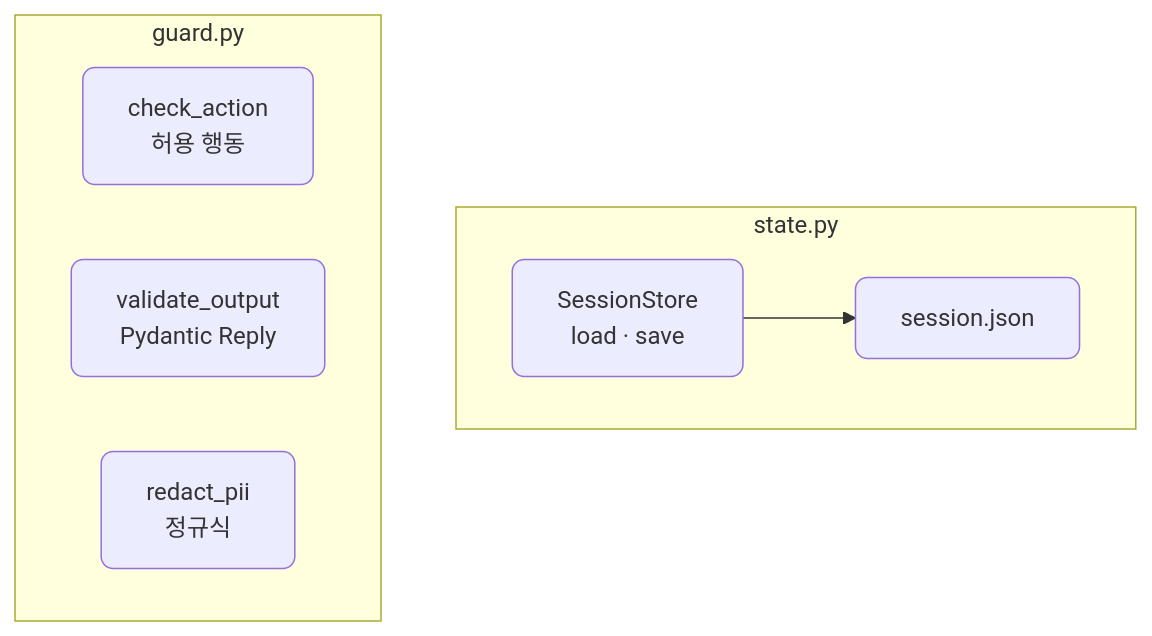
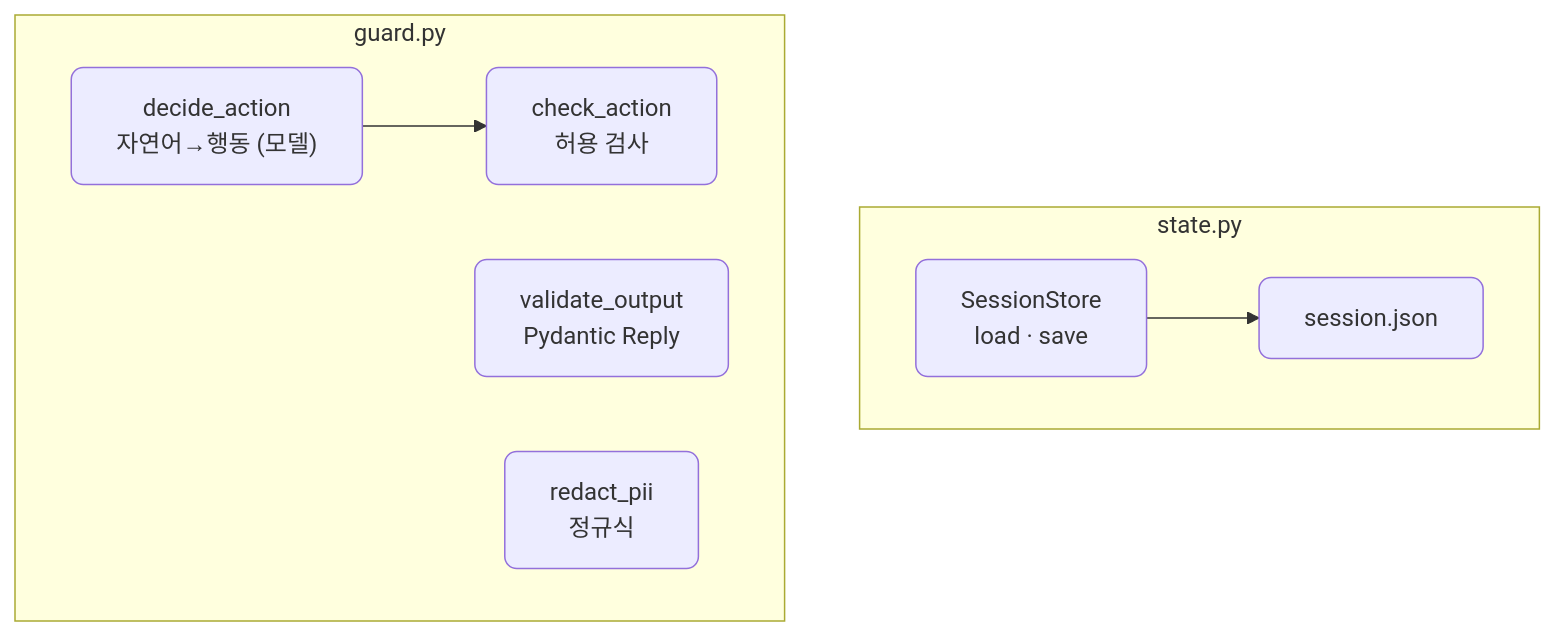
One commit to CodeCompose7/ai_service_engineering changed the fifth of 5 diagrams in docs/section4/lec03/README.md. Above: the diagram before and after it, drawn with Mermaid. The commit also changed other lines of this file and 2 other files, not shown here.

First line of the commit message:
lec03: 행동 제약 데모를 '자연어→모델이 분류→가드'로 고침

````diff
--- a/docs/section4/lec03/README.md
+++ b/docs/section4/lec03/README.md
@@ -140,12 +150,12 @@
 ```mermaid
 flowchart TB
   subgraph STATE["state.py"]
     SS["SessionStore<br/>load · save"] --> JSON["session.json"]
   end
   subgraph GUARD["guard.py"]
-    CA["check_action<br/>허용 행동"]
+    DA["decide_action<br/>자연어→행동 (모델)"] --> CA["check_action<br/>허용 검사"]
     VO["validate_output<br/>Pydantic Reply"]
     RP["redact_pii<br/>정규식"]
   end
   classDef default rx:8,ry:8;
 ```
````
